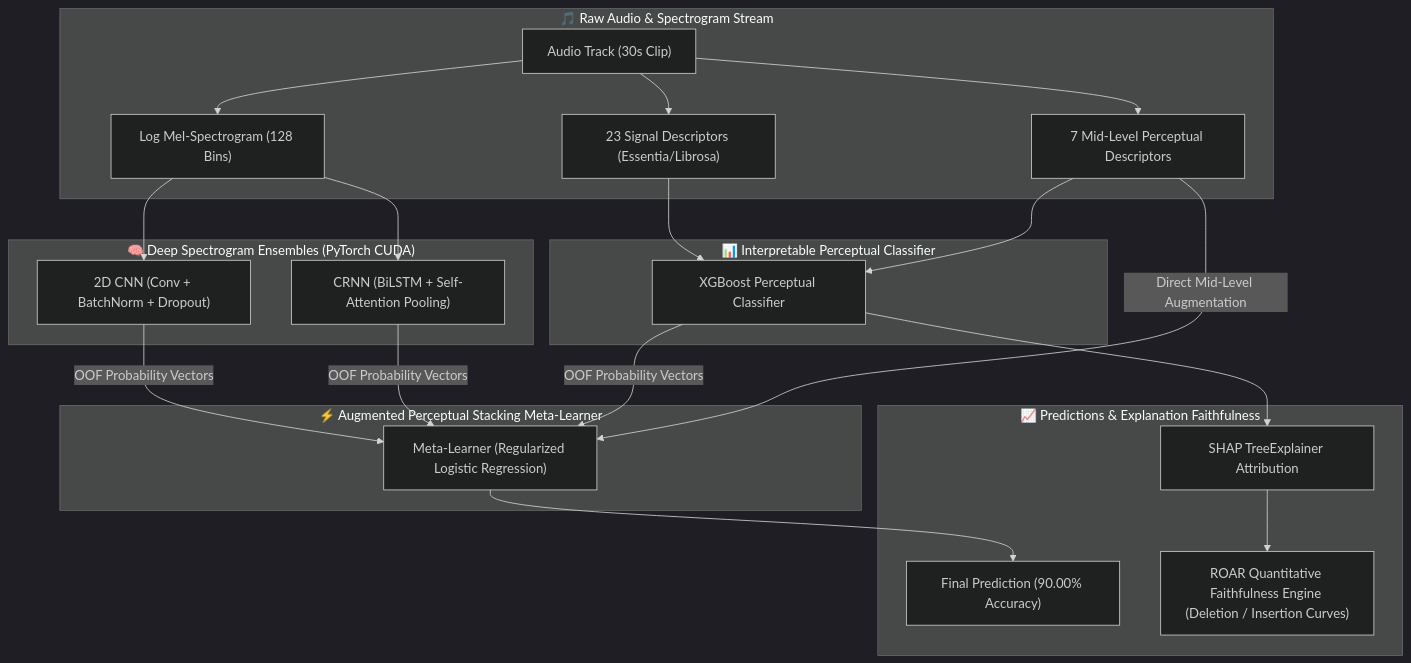
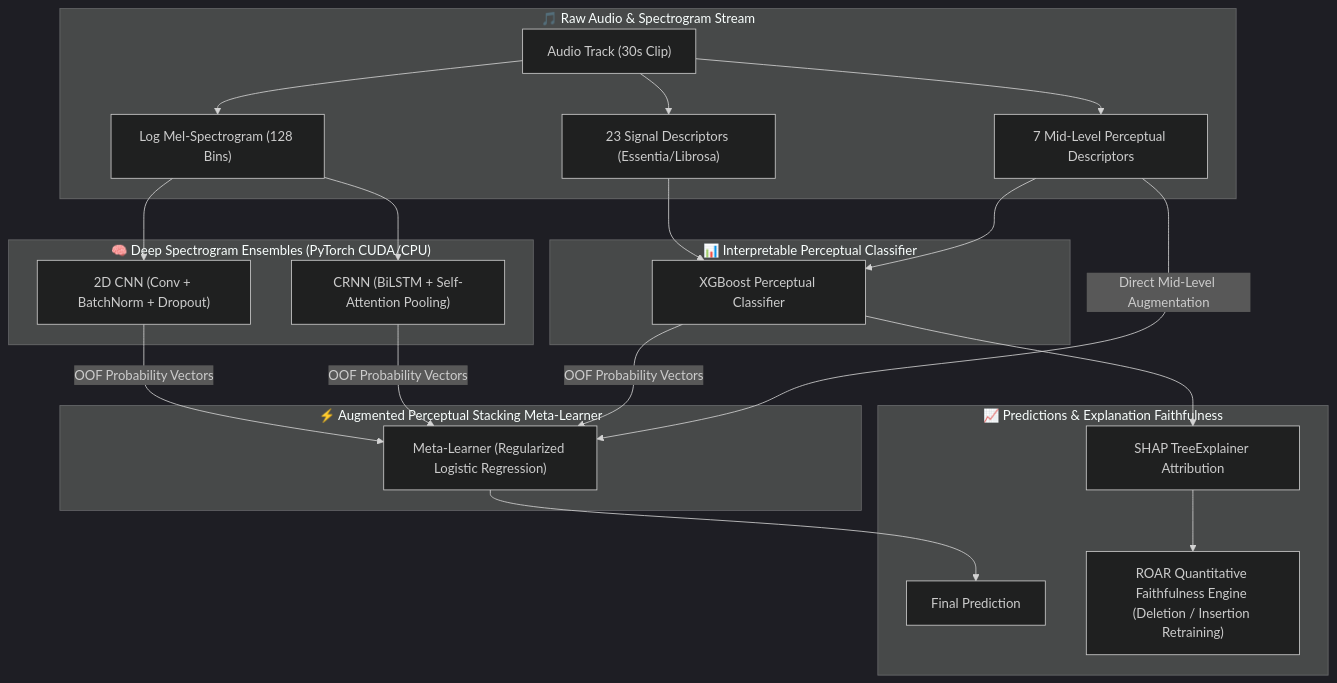
Before and after one commit to kaladharroyal/MUSIC-CLASSIFIER: the diagram in README.md, drawn with Mermaid (dark theme). The commit also changed other lines of this file and 15 other files, not shown here.

````diff
--- a/README.md
+++ b/README.md
@@ -28,31 +28,31 @@
 ```mermaid
 flowchart TD
     subgraph Input ["🎵 Raw Audio & Spectrogram Stream"]
         A["Audio Track (30s Clip)"] --> B["Log Mel-Spectrogram (128 Bins)"]
         A --> C["23 Signal Descriptors (Essentia/Librosa)"]
         A --> D["7 Mid-Level Perceptual Descriptors"]
     end
 
-    subgraph Deep_Models ["🧠 Deep Spectrogram Ensembles (PyTorch CUDA)"]
+    subgraph Deep_Models ["🧠 Deep Spectrogram Ensembles (PyTorch CUDA/CPU)"]
         B --> E["2D CNN (Conv + BatchNorm + Dropout)"]
         B --> F["CRNN (BiLSTM + Self-Attention Pooling)"]
     end
 
     subgraph Perceptual_Branch ["📊 Interpretable Perceptual Classifier"]
         C --> G["XGBoost Perceptual Classifier"]
         D --> G
     end
 
     subgraph Stacking ["⚡ Augmented Perceptual Stacking Meta-Learner"]
         E -->|OOF Probability Vectors| H["Meta-Learner (Regularized Logistic Regression)"]
         F -->|OOF Probability Vectors| H
         G -->|OOF Probability Vectors| H
         D -->|Direct Mid-Level Augmentation| H
     end
 
     subgraph Outputs ["📈 Predictions & Explanation Faithfulness"]
-        H --> I["Final Prediction (90.00% Accuracy)"]
+        H --> I["Final Prediction"]
         G --> J["SHAP TreeExplainer Attribution"]
-        J --> K["ROAR Quantitative Faithfulness Engine (Deletion / Insertion Curves)"]
+        J --> K["ROAR Quantitative Faithfulness Engine (Deletion / Insertion Retraining)"]
     end
 ```
````
